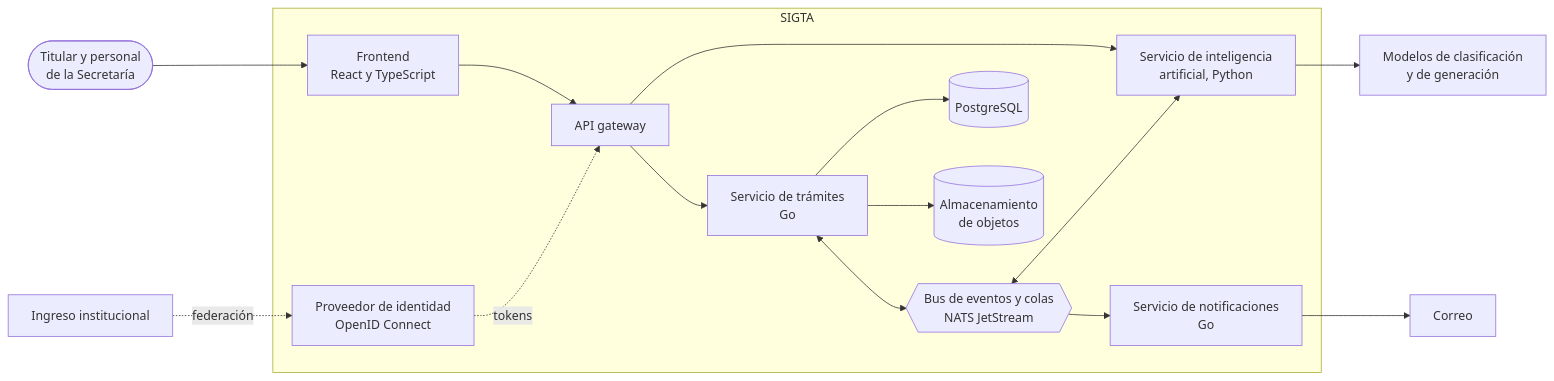
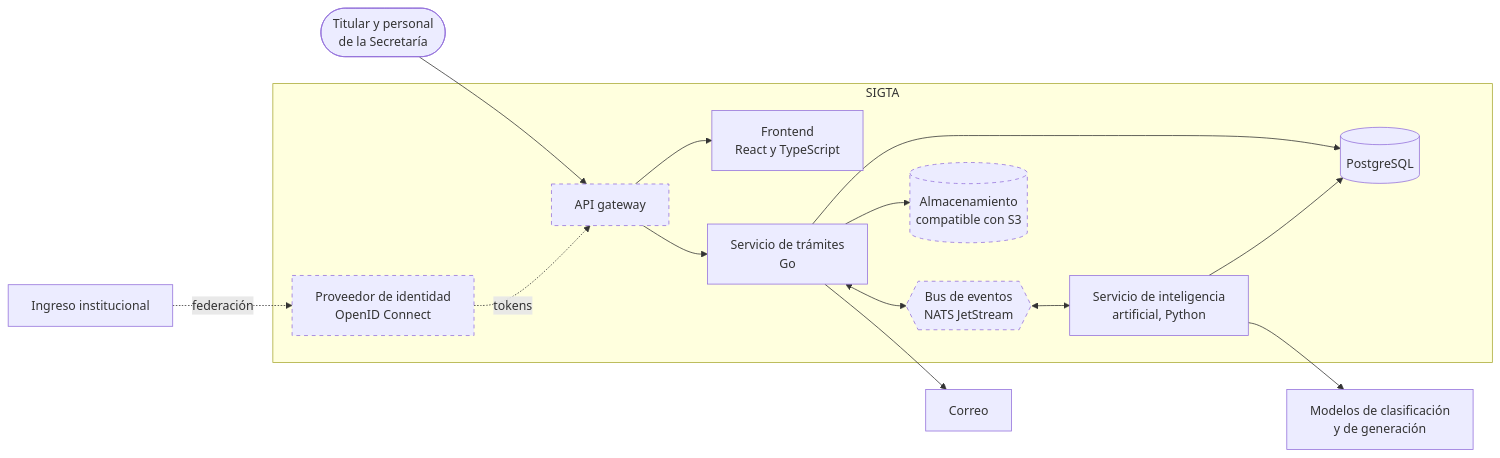
Before and after one commit to SIGTA-FIUBA/SIGTA: the fourth of 6 diagrams in README.md, drawn with Mermaid. The commit also changed other lines of this file, not shown here.

Commit message:
docs: define the stack and the architecture for the defense (#2)

````diff
--- a/README.md
+++ b/README.md
@@ -91,33 +148,35 @@
 ```mermaid
 flowchart LR
     U(["Titular y personal<br/>de la Secretaría"])
+    INST["Ingreso institucional"]
 
     subgraph SIGTA["SIGTA"]
+        GW["API gateway"]
         SPA["Frontend<br/>React y TypeScript"]
         IDP["Proveedor de identidad<br/>OpenID Connect"]
-        GW["API gateway"]
         CORE["Servicio de trámites<br/>Go"]
-        BUS{{"Bus de eventos y colas<br/>NATS JetStream"}}
-        AST["Servicio de inteligencia<br/>artificial, Python"]
-        NOT["Servicio de notificaciones<br/>Go"]
+        BUS{{"Bus de eventos<br/>NATS JetStream"}}
+        AI["Servicio de inteligencia<br/>artificial, Python"]
         DB[("PostgreSQL")]
-        OBJ[("Almacenamiento<br/>de objetos")]
+        OBJ[("Almacenamiento<br/>compatible con S3")]
     end
 
-    INST["Ingreso institucional"]
     MOD["Modelos de clasificación<br/>y de generación"]
     SMTP["Correo"]
 
-    U --> SPA --> GW
+    U --> GW
+    GW --> SPA
+    GW --> CORE
     INST -.->|federación| IDP
     IDP -.->|tokens| GW
-    GW --> CORE
-    GW --> AST
     CORE --> DB
     CORE --> OBJ
+    CORE --> SMTP
     CORE <--> BUS
-    BUS <--> AST
-    BUS --> NOT
-    AST --> MOD
-    NOT --> SMTP
+    BUS <--> AI
+    AI --> DB
+    AI --> MOD
+
+    classDef nuevo stroke-dasharray: 5 5
+    class GW,IDP,BUS,OBJ nuevo
 ```
````
